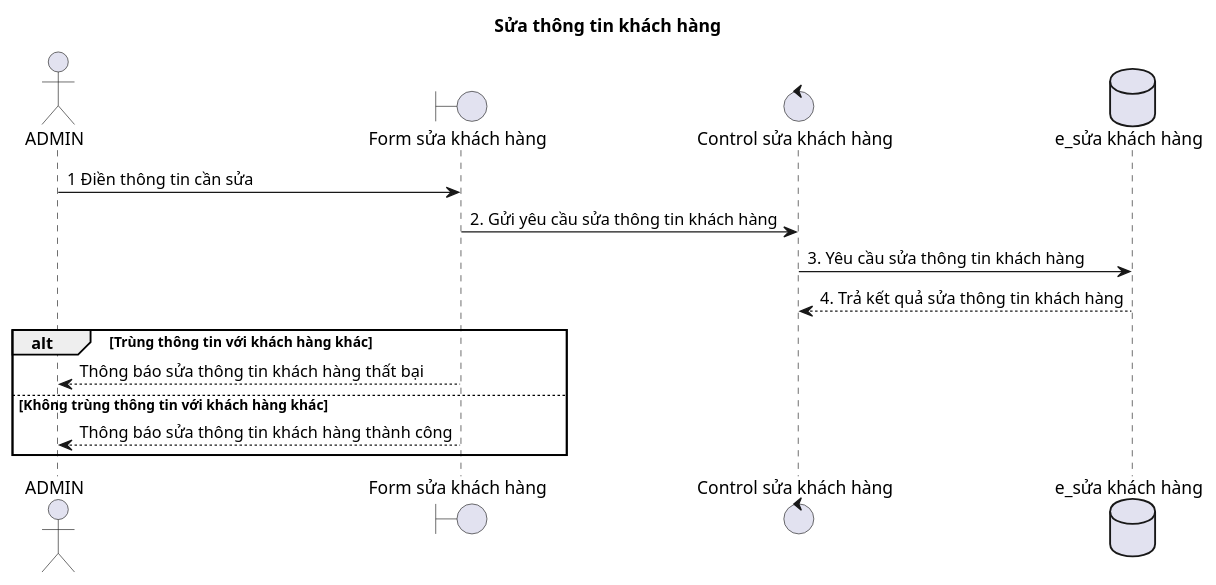
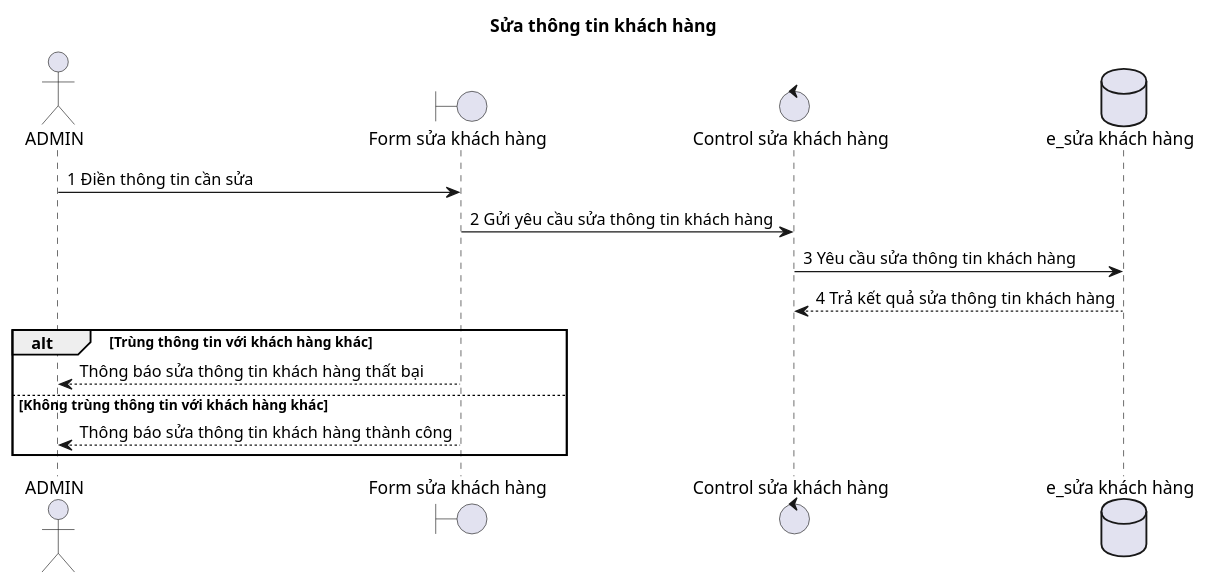
Before and after one commit to duygri/do-an-htttdn-crm: the diagram in docs/diagrams/sequence/preview/03-edit-customer-information.puml, drawn with PlantUML.

```diff
--- a/docs/diagrams/sequence/preview/03-edit-customer-information.puml
+++ b/docs/diagrams/sequence/preview/03-edit-customer-information.puml
@@ -1,19 +1,19 @@
 @startuml
 title Sửa thông tin khách hàng
 
 actor ADMIN as Admin
 boundary "Form sửa khách hàng" as Boundary
 control "Control sửa khách hàng" as Control
 database "e_sửa khách hàng" as Entity
 
 Admin -> Boundary: 1 Điền thông tin cần sửa
-Boundary -> Control: 2. Gửi yêu cầu sửa thông tin khách hàng
-Control -> Entity: 3. Yêu cầu sửa thông tin khách hàng
-Entity --> Control: 4. Trả kết quả sửa thông tin khách hàng
+Boundary -> Control: 2 Gửi yêu cầu sửa thông tin khách hàng
+Control -> Entity: 3 Yêu cầu sửa thông tin khách hàng
+Entity --> Control: 4 Trả kết quả sửa thông tin khách hàng
 
 alt Trùng thông tin với khách hàng khác
   Boundary --> Admin: Thông báo sửa thông tin khách hàng thất bại
 else Không trùng thông tin với khách hàng khác
   Boundary --> Admin: Thông báo sửa thông tin khách hàng thành công
 end
 @enduml
```
